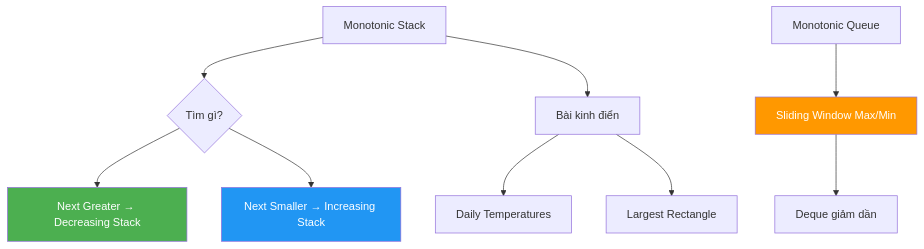
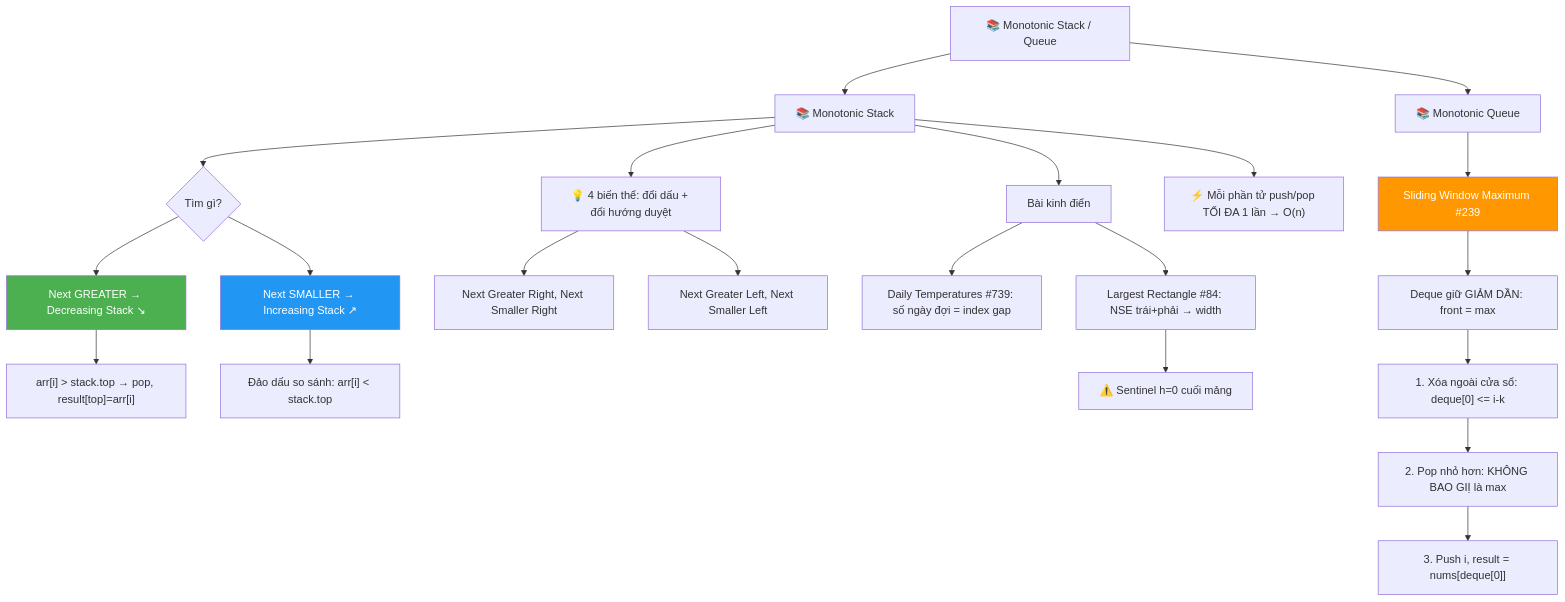
Diagram 12 of 18 in algo-pratice/array/Array Prerequisites - Kiến Thức Nền Tảng.md (delta94e/MD-front-end), drawn with Mermaid before and after one commit. The commit also changed other lines of this file, not shown here.

````diff
--- a/algo-pratice/array/Array Prerequisites - Kiến Thức Nền Tảng.md
+++ b/algo-pratice/array/Array Prerequisites - Kiến Thức Nền Tảng.md
@@ -3506,17 +3531,32 @@
 ```mermaid
 graph TD
-    A["Monotonic Stack"] --> B{"Tìm gì?"}
-    B --> C["Next Greater → Decreasing Stack"]
-    B --> D["Next Smaller → Increasing Stack"]
+    A["📚 Monotonic Stack / Queue"] --> B["📚 Monotonic Stack"]
+    A --> F["📚 Monotonic Queue"]
 
-    A --> E["Bài kinh điển"]
-    E --> E1["Daily Temperatures"]
-    E --> E2["Largest Rectangle"]
+    B --> B0{"Tìm gì?"}
+    B0 --> C["Next GREATER → Decreasing Stack ↘"]
+    C --> C1["arr[i] > stack.top → pop, result[top]=arr[i]"]
+    B0 --> D["Next SMALLER → Increasing Stack ↗"]
+    D --> D1["Đảo dấu so sánh: arr[i] < stack.top"]
 
-    F["Monotonic Queue"] --> G["Sliding Window Max/Min"]
-    G --> G1["Deque giảm dần"]
+    B --> E["💡 4 biến thể: đổi dấu + đổi hướng duyệt"]
+    E --> E1["Next Greater Right, Next Smaller Right"]
+    E --> E2["Next Greater Left, Next Smaller Left"]
+
+    B --> G["Bài kinh điển"]
+    G --> G1["Daily Temperatures #739: số ngày đợi = index gap"]
+    G --> G2["Largest Rectangle #84: NSE trái+phải → width"]
+    G2 --> G2a["⚠️ Sentinel h=0 cuối mảng"]
+
+    F --> F0["Sliding Window Maximum #239"]
+    F0 --> F1["Deque giữ GIẢM DẦN: front = max"]
+    F1 --> F2["1. Xóa ngoài cửa sổ: deque[0] <= i-k"]
+    F2 --> F3["2. Pop nhỏ hơn: KHÔNG BAO GIỊ là max"]
+    F3 --> F4["3. Push i, result = nums[deque[0]]"]
+
+    B --> H["⚡ Mỗi phần tử push/pop TỐI ĐA 1 lần → O(n)"]
 
     style C fill:#4CAF50,color:white
     style D fill:#2196F3,color:white
-    style G fill:#FF9800,color:white
+    style F0 fill:#FF9800,color:white
 ```
````
